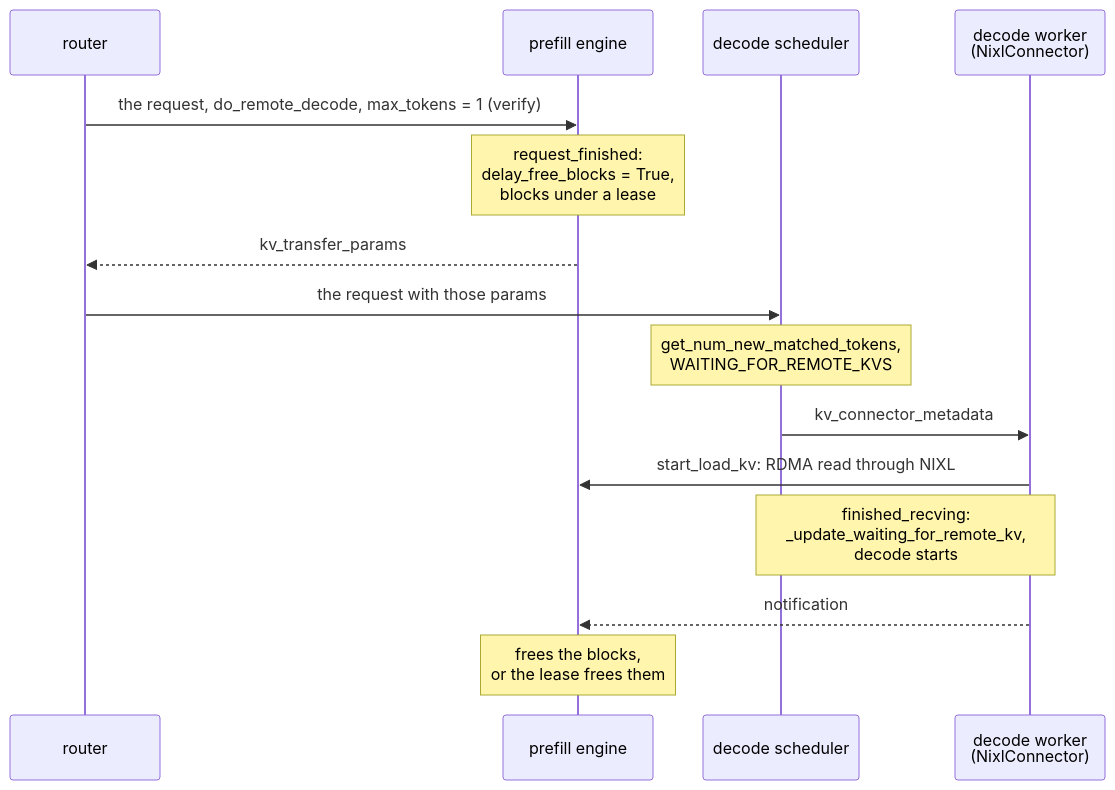
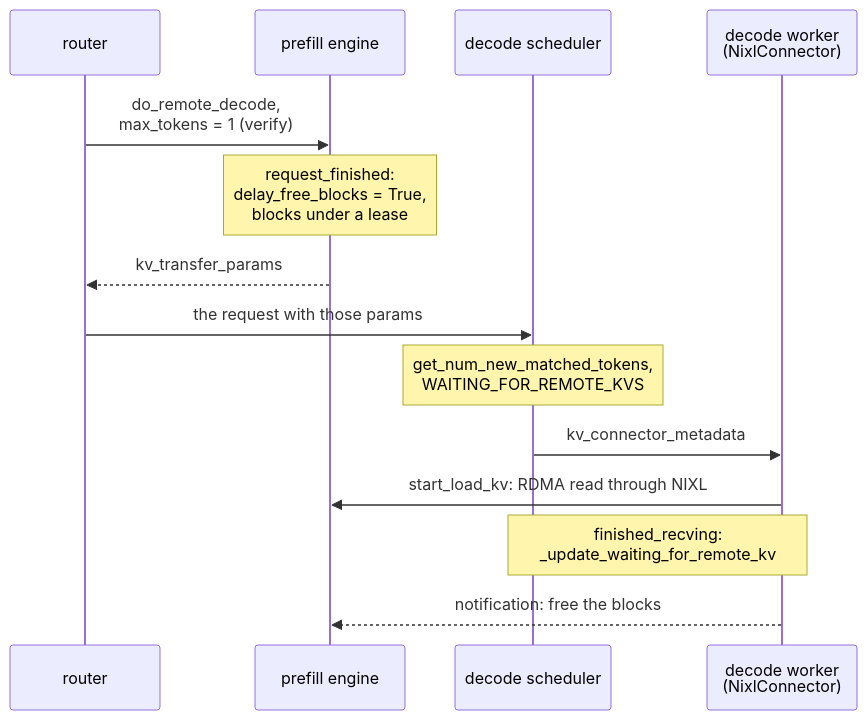
One commit to aniryou/full-stack-agentic-engineer changed the sixth of 7 diagrams in 04-inference-engine/vllm-internals/vllm-internals-primer.md. Above: the diagram before and after it, drawn with Mermaid. The commit also changed other lines of this file and 211 other files, not shown here.

````diff
--- a/04-inference-engine/vllm-internals/vllm-internals-primer.md
+++ b/04-inference-engine/vllm-internals/vllm-internals-primer.md
@@ -1592,17 +1626,16 @@
 ```mermaid
 sequenceDiagram
     participant R as router
     participant P as prefill engine
     participant S as decode scheduler
     participant W as decode worker<br/>(NixlConnector)
-    R->>P: the request, do_remote_decode, max_tokens = 1 (verify)
+    R->>P: do_remote_decode,<br/>max_tokens = 1 (verify)
     Note over P: request_finished:<br/>delay_free_blocks = True,<br/>blocks under a lease
     P-->>R: kv_transfer_params
     R->>S: the request with those params
     Note over S: get_num_new_matched_tokens,<br/>WAITING_FOR_REMOTE_KVS
     S->>W: kv_connector_metadata
     W->>P: start_load_kv: RDMA read through NIXL
-    Note over S,W: finished_recving:<br/>_update_waiting_for_remote_kv,<br/>decode starts
-    W-->>P: notification
-    Note over P: frees the blocks,<br/>or the lease frees them
+    Note over S,W: finished_recving:<br/>_update_waiting_for_remote_kv
+    W-->>P: notification: free the blocks
 ```
````
